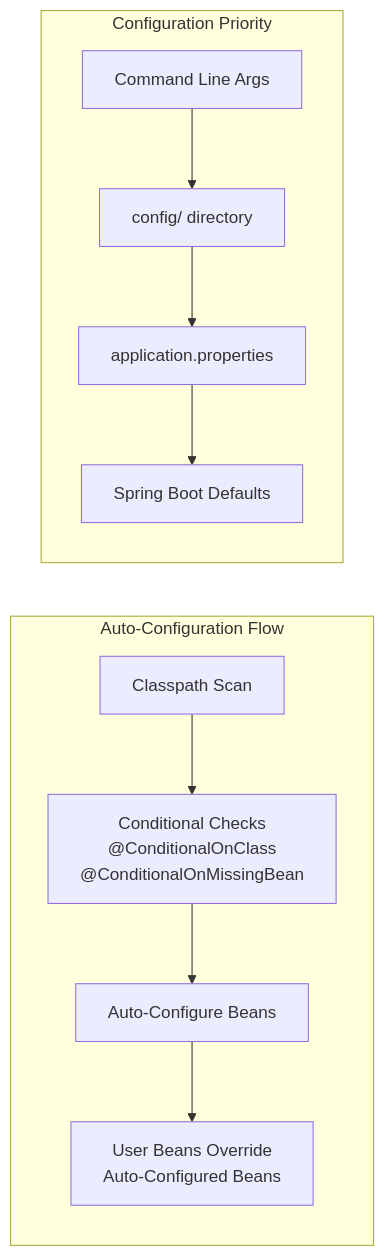
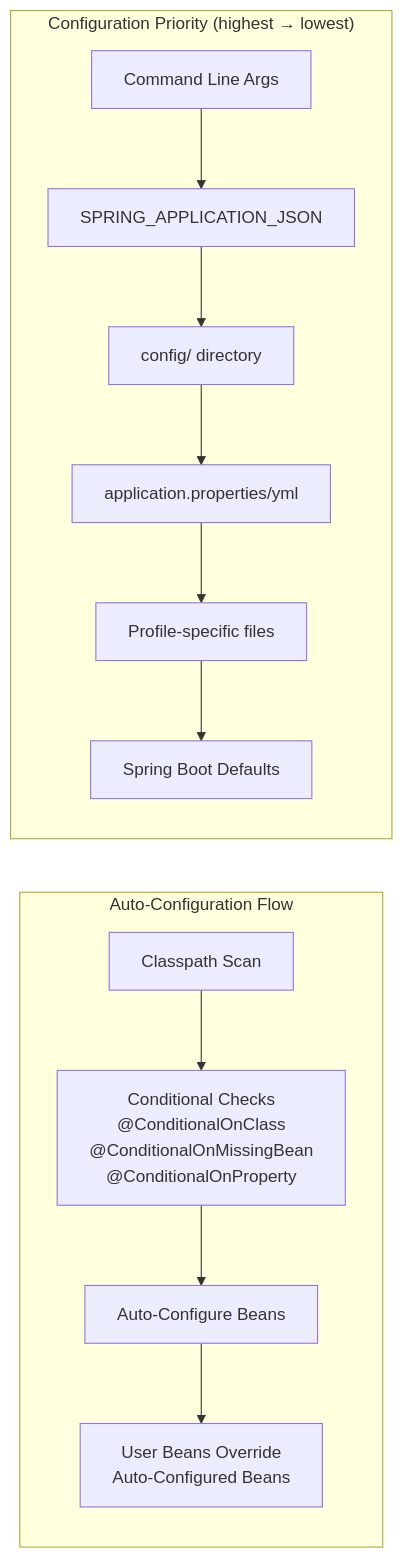
Before and after one commit to aabdulk862/cs-reference-guide: the second of 3 diagrams in content/backend/spring-framework/spring-boot.md, drawn with Mermaid. The commit also changed other lines of this file and 113 other files, not shown here.

````diff
--- a/content/backend/spring-framework/spring-boot.md
+++ b/content/backend/spring-framework/spring-boot.md
@@ -254,14 +416,16 @@
 ```mermaid
 graph LR
     subgraph "Auto-Configuration Flow"
-        CLASSPATH[Classpath Scan] --> CONDITIONS[Conditional Checks<br/>@ConditionalOnClass<br/>@ConditionalOnMissingBean]
+        CLASSPATH[Classpath Scan] --> CONDITIONS[Conditional Checks<br/>@ConditionalOnClass<br/>@ConditionalOnMissingBean<br/>@ConditionalOnProperty]
         CONDITIONS --> AUTOCONFIG[Auto-Configure Beans]
         AUTOCONFIG --> OVERRIDE[User Beans Override<br/>Auto-Configured Beans]
     end
 
-    subgraph "Configuration Priority"
-        CMD[Command Line Args] --> CONFIG_DIR[config/ directory]
-        CONFIG_DIR --> APP_PROPS[application.properties]
-        APP_PROPS --> DEFAULTS[Spring Boot Defaults]
+    subgraph "Configuration Priority (highest → lowest)"
+        CMD[Command Line Args] --> JSON[SPRING_APPLICATION_JSON]
+        JSON --> CONFIG_DIR[config/ directory]
+        CONFIG_DIR --> APP_PROPS[application.properties/yml]
+        APP_PROPS --> PROFILE[Profile-specific files]
+        PROFILE --> DEFAULTS[Spring Boot Defaults]
     end
 ```
````
